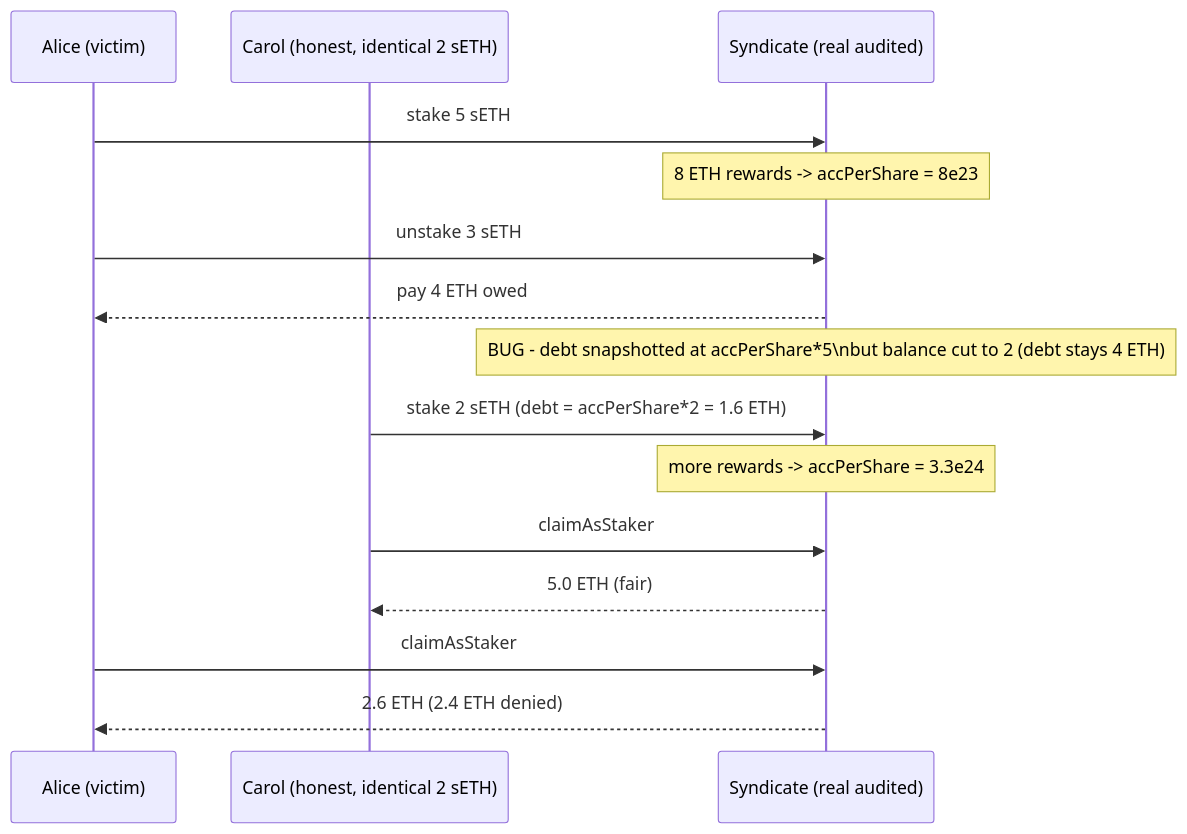
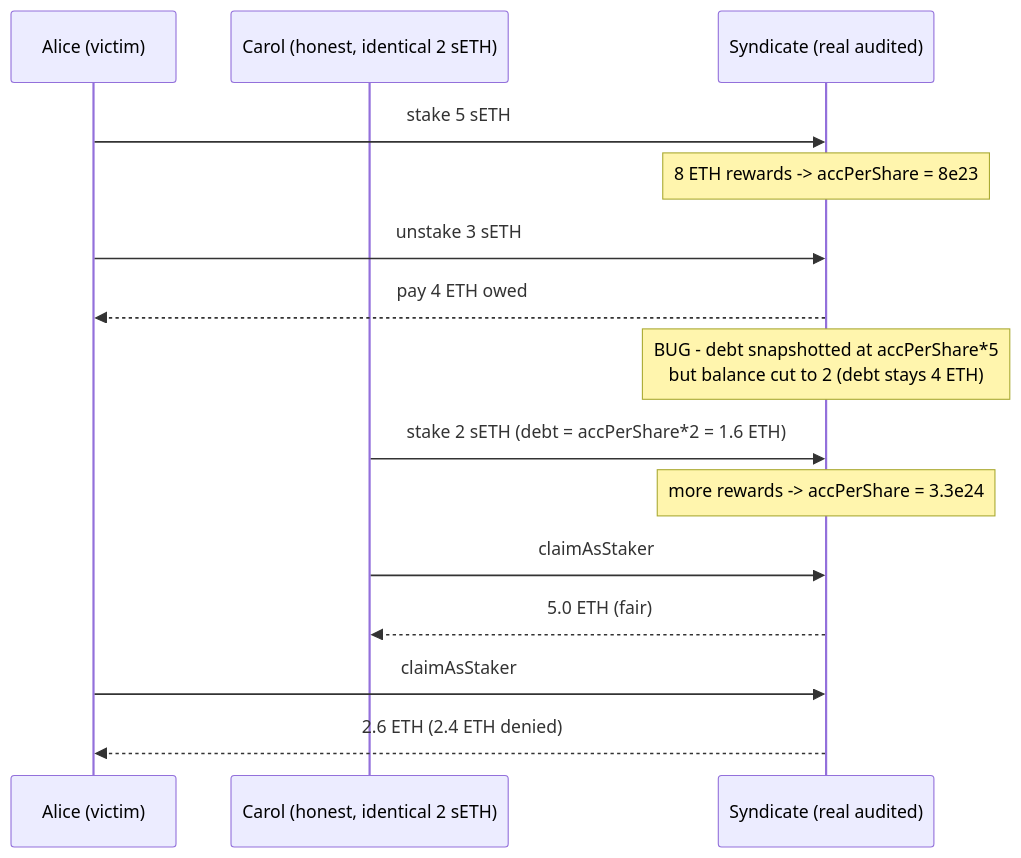
The diagram in 43027-h-04-unstaking-does-not-update-the-mapping-sethuserclaimfork_exp/43027-h-04-unstaking-does-not-update-the-mapping-sethuserclaimfork_exp.md (sanbir/evm-hack-registry), drawn with Mermaid before and after one commit. The commit also changed 23 other files, not shown here.

````diff
--- a/43027-h-04-unstaking-does-not-update-the-mapping-sethuserclaimfork_exp/43027-h-04-unstaking-does-not-update-the-mapping-sethuserclaimfork_exp.md
+++ b/43027-h-04-unstaking-does-not-update-the-mapping-sethuserclaimfork_exp/43027-h-04-unstaking-does-not-update-the-mapping-sethuserclaimfork_exp.md
@@ -73,17 +73,17 @@
 ```mermaid
 sequenceDiagram
     participant A as Alice (victim)
     participant C as Carol (honest, identical 2 sETH)
     participant S as Syndicate (real audited)
     A->>S: stake 5 sETH
     Note over S: 8 ETH rewards -> accPerShare = 8e23
     A->>S: unstake 3 sETH
     S-->>A: pay 4 ETH owed
-    Note over S: BUG - debt snapshotted at accPerShare*5\nbut balance cut to 2 (debt stays 4 ETH)
+    Note over S: BUG - debt snapshotted at accPerShare*5<br/>but balance cut to 2 (debt stays 4 ETH)
     C->>S: stake 2 sETH (debt = accPerShare*2 = 1.6 ETH)
     Note over S: more rewards -> accPerShare = 3.3e24
     C->>S: claimAsStaker
     S-->>C: 5.0 ETH  (fair)
     A->>S: claimAsStaker
     S-->>A: 2.6 ETH  (2.4 ETH denied)
 ```
````
